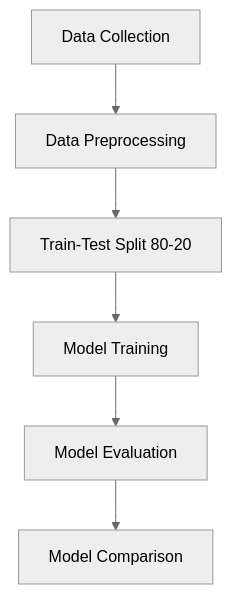
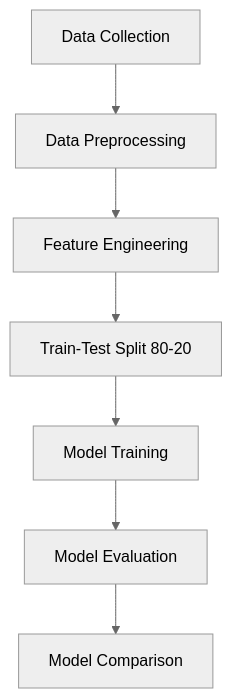
One commit to SarvagyaSanjay/Machine-Learning changed the diagram in README.md. Above: the diagram before and after it, drawn with Mermaid (neutral theme). The commit also changed other lines of this file, not shown here.

````diff
--- a/README.md
+++ b/README.md
@@ -20,8 +24,9 @@
 ```mermaid
 graph TD;
     A[Data Collection] --> B[Data Preprocessing];
-    B --> C[Train-Test Split 80-20];
-    C --> D[Model Training];
-    D --> E[Model Evaluation];
-    E --> F[Model Comparison];
+    B --> C[Feature Engineering];
+    C --> D[Train-Test Split 80-20];
+    D --> E[Model Training];
+    E --> F[Model Evaluation];
+    F --> G[Model Comparison];
 ```
````
